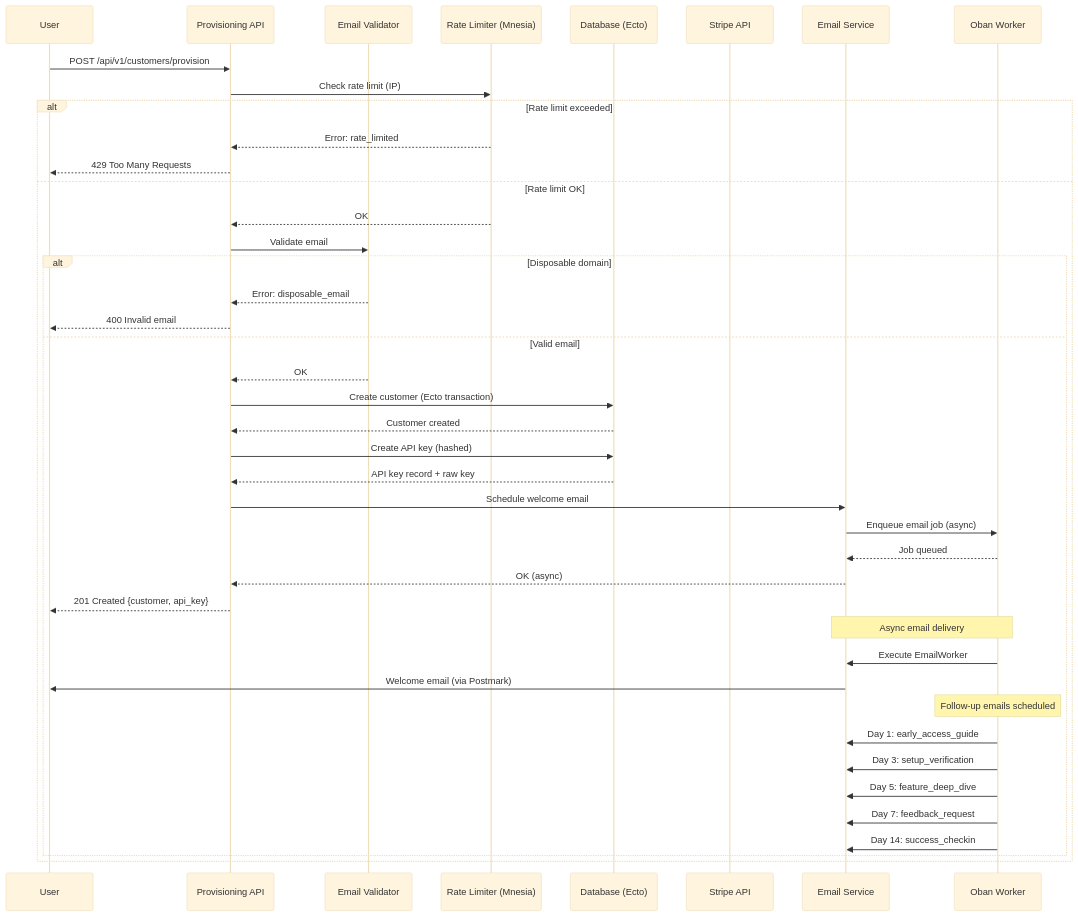
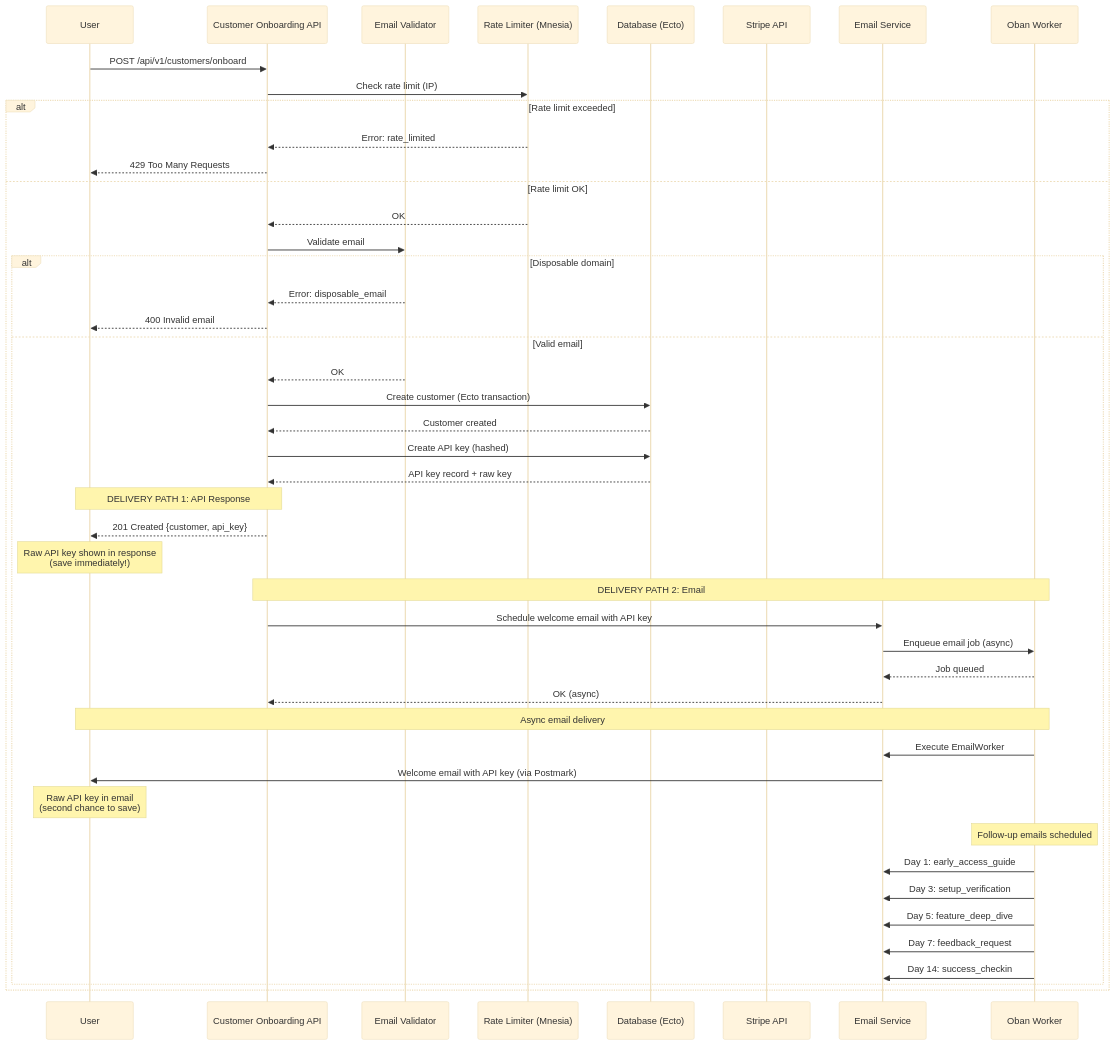
Before and after one commit to RSOLV-dev/rsolv-action: the diagram in RFCs/RFC-065-AUTOMATED-CUSTOMER-PROVISIONING.md, drawn with Mermaid (base theme). The commit also changed other lines of this file and 4 other files, not shown here.

````diff
--- a/RFCs/RFC-065-AUTOMATED-CUSTOMER-PROVISIONING.md
+++ b/RFCs/RFC-065-AUTOMATED-CUSTOMER-PROVISIONING.md
@@ -242,47 +284,53 @@
 ```mermaid
 sequenceDiagram
     participant User
-    participant API as Provisioning API
+    participant API as Customer Onboarding API
     participant Validator as Email Validator
     participant RateLimit as Rate Limiter (Mnesia)
     participant DB as Database (Ecto)
     participant Stripe as Stripe API
     participant Email as Email Service
     participant Oban as Oban Worker
 
-    User->>API: POST /api/v1/customers/provision
+    User->>API: POST /api/v1/customers/onboard
     API->>RateLimit: Check rate limit (IP)
     alt Rate limit exceeded
         RateLimit-->>API: Error: rate_limited
         API-->>User: 429 Too Many Requests
     else Rate limit OK
         RateLimit-->>API: OK
         API->>Validator: Validate email
         alt Disposable domain
             Validator-->>API: Error: disposable_email
             API-->>User: 400 Invalid email
         else Valid email
             Validator-->>API: OK
             API->>DB: Create customer (Ecto transaction)
             DB-->>API: Customer created
             API->>DB: Create API key (hashed)
             DB-->>API: API key record + raw key
-            API->>Email: Schedule welcome email
+
+            Note over API,User: DELIVERY PATH 1: API Response
+            API-->>User: 201 Created {customer, api_key}
+            Note over User: Raw API key shown in response<br/>(save immediately!)
+
+            Note over API,Oban: DELIVERY PATH 2: Email
+            API->>Email: Schedule welcome email with API key
             Email->>Oban: Enqueue email job (async)
             Oban-->>Email: Job queued
             Email-->>API: OK (async)
-            API-->>User: 201 Created {customer, api_key}
 
-            Note over Oban,Email: Async email delivery
+            Note over Oban,User: Async email delivery
             Oban->>Email: Execute EmailWorker
-            Email->>User: Welcome email (via Postmark)
+            Email->>User: Welcome email with API key (via Postmark)
+            Note over User: Raw API key in email<br/>(second chance to save)
 
             Note over Oban: Follow-up emails scheduled
             Oban->>Email: Day 1: early_access_guide
             Oban->>Email: Day 3: setup_verification
             Oban->>Email: Day 5: feature_deep_dive
             Oban->>Email: Day 7: feedback_request
             Oban->>Email: Day 14: success_checkin
         end
     end
 ```
````
